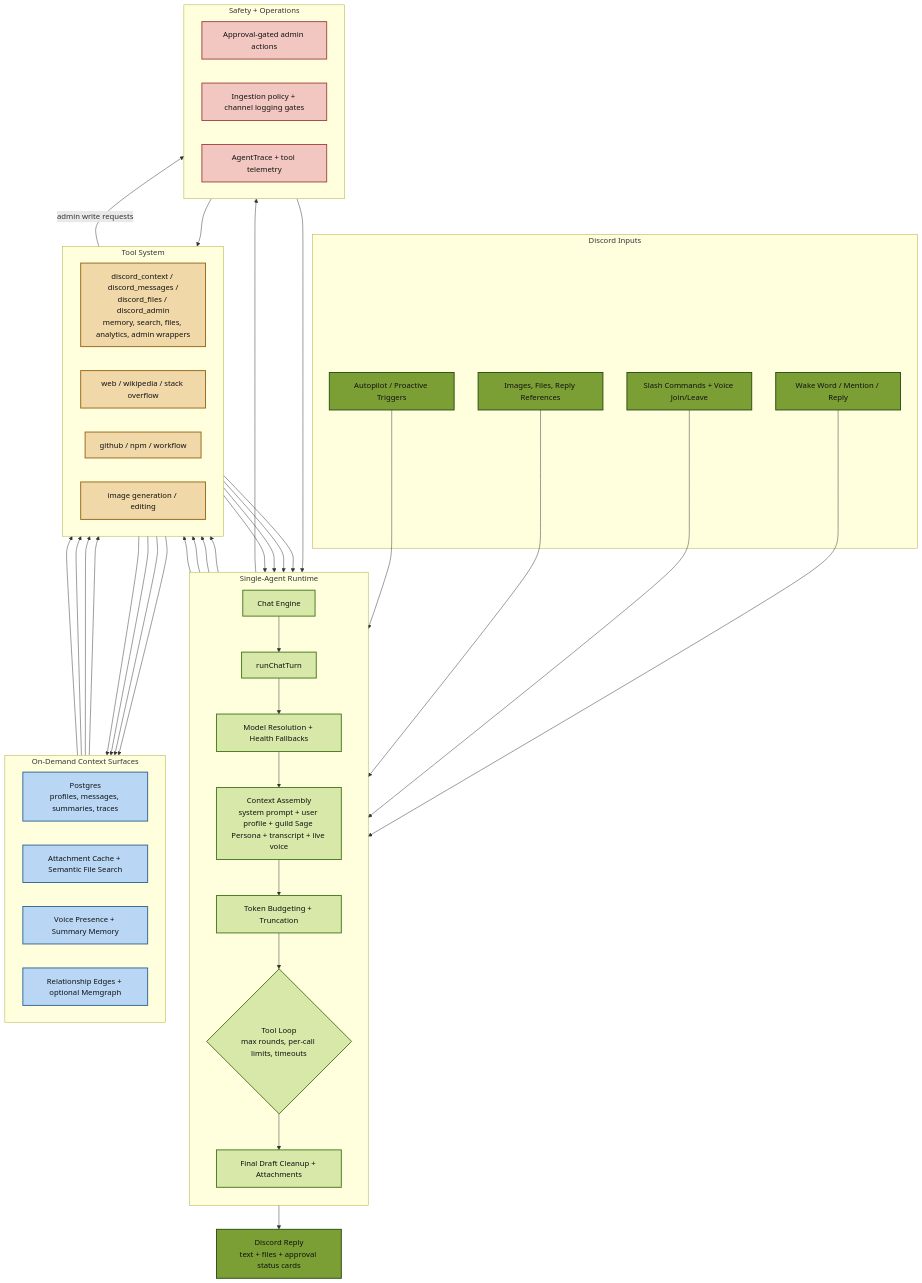
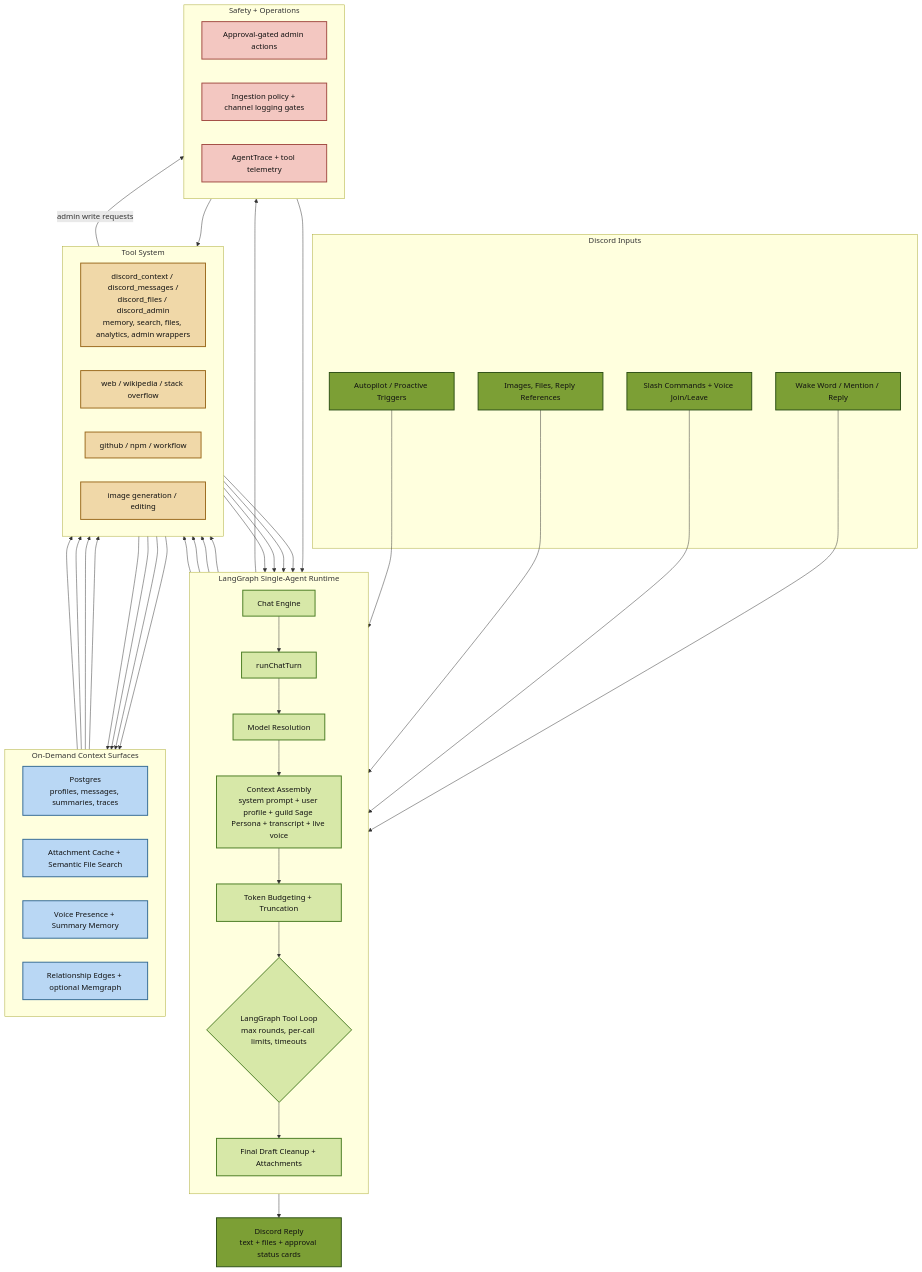
The second of 2 diagrams in README.md (BokX1/Sage), drawn with Mermaid before and after one commit. The commit also changed other lines of this file and 11 other files, not shown here.

```diff
--- a/README.md
+++ b/README.md
@@ -202,15 +203,15 @@
         AUTO["Autopilot / Proactive Triggers"]:::discord
     end
 
-    subgraph Engine["Single-Agent Runtime"]
+    subgraph Engine["LangGraph Single-Agent Runtime"]
         direction TB
         CHAT["Chat Engine"]:::runtime
         TURN["runChatTurn"]:::runtime
-        MODEL["Model Resolution + Health Fallbacks"]:::runtime
+        MODEL["Model Resolution"]:::runtime
         CTX["Context Assembly
 system prompt + user profile + guild Sage Persona + transcript + live voice"]:::runtime
         BUDGET["Token Budgeting + Truncation"]:::runtime
-        LOOP{"Tool Loop
+        LOOP{"LangGraph Tool Loop
 max rounds, per-call limits, timeouts"}:::runtime
         FINAL["Final Draft Cleanup + Attachments"]:::runtime
     end
```
